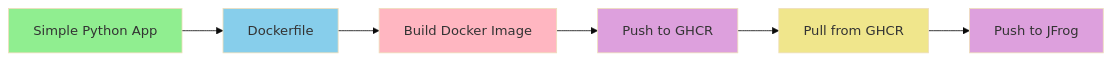
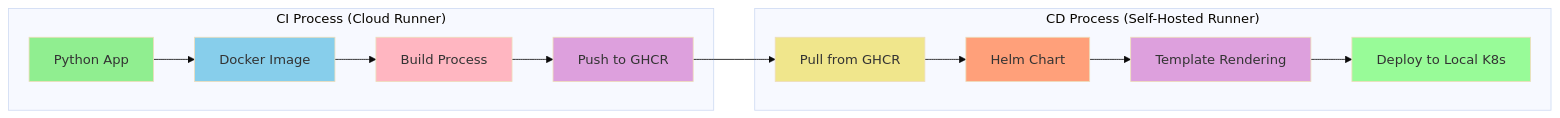
Before and after one commit to dvirmoyal/world-of-game: the diagram in README.md, drawn with Mermaid (base theme). The commit also changed other lines of this file and 12 other files, not shown here.

````diff
--- a/README.md
+++ b/README.md
@@ -8,16 +7,24 @@
 ```mermaid
 graph LR;
-    A[Simple Python App]-->B[Dockerfile];
-    B-->C[Build Docker Image];
-    C-->D[Push to GHCR];
-    D-->E[Pull from GHCR];
-    E-->F[Push to JFrog];
-    
-    style A fill:#90EE90;
-    style B fill:#87CEEB;
-    style C fill:#FFB6C1;
-    style D fill:#DDA0DD;
-    style E fill:#F0E68C;
-    style F fill:#DDA0DD;
-    
+    subgraph "CI Process (Cloud Runner)"
+        A[Python App] --> B[Docker Image]
+        B --> C[Build Process]
+        C --> D[Push to GHCR]
+        style A fill:#90EE90
+        style B fill:#87CEEB
+        style C fill:#FFB6C1
+        style D fill:#DDA0DD
+    end
+
+    subgraph "CD Process (Self-Hosted Runner)"
+        E[Pull from GHCR] --> F[Helm Chart]
+        F --> G[Template Rendering]
+        G --> H[Deploy to Local K8s]
+        style E fill:#F0E68C
+        style F fill:#FFA07A
+        style G fill:#DDA0DD
+        style H fill:#98FB98
+    end
+
+    D --> E
 ```
````
